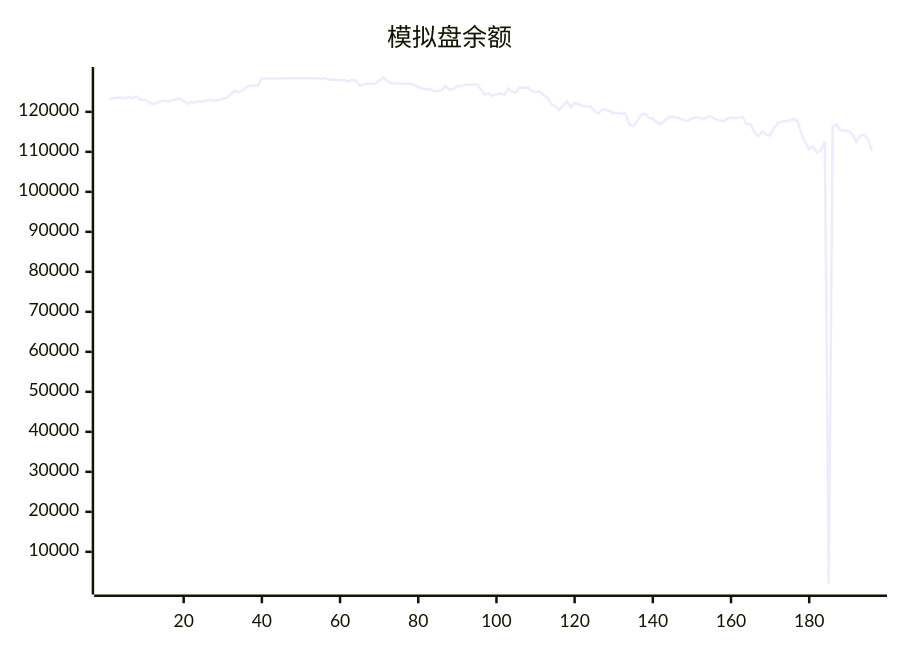
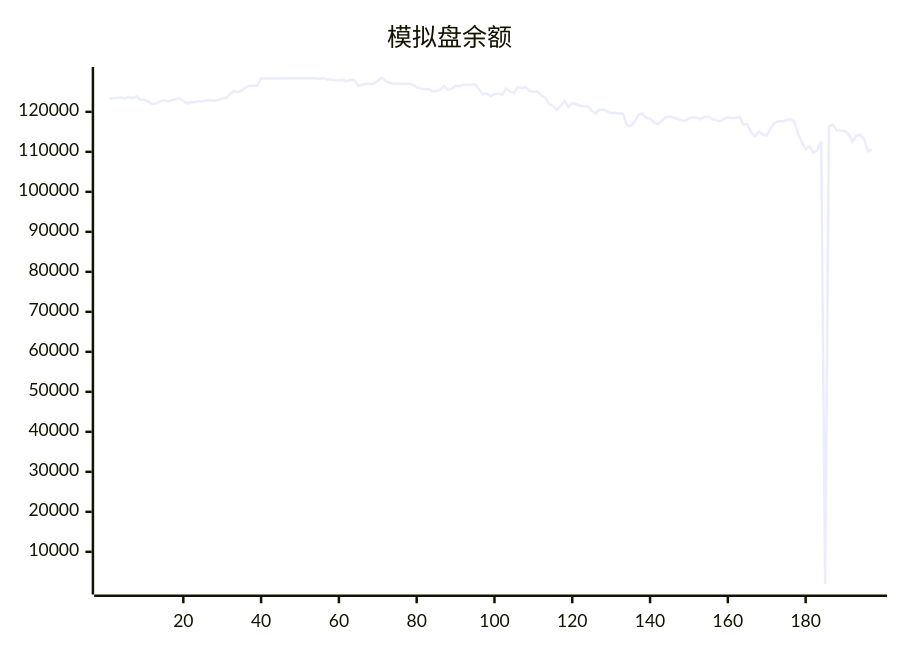
Before and after one commit to aahl/ai-trading: the diagram in README.md, drawn with Mermaid. The commit also changed other lines of this file and 1 other file, not shown here.

````diff
--- a/README.md
+++ b/README.md
@@ -5,5 +5,5 @@
 ```mermaid
 xychart
     title "模拟盘余额"
-    line [123338,123402,123530,123592,123378,123745,123413,123853,123009,123040,122557,121938,122095,122599,122856,122597,122898,123160,123319,122719,122087,122454,122416,122685,122592,122907,122961,122776,122981,123295,123507,124403,125224,124894,125303,126088,126544,126534,126549,128335,128318,128318,128318,128318,128318,128424,128424,128424,128424,128424,128424,128424,128424,128424,128247,128412,128062,128087,127917,127901,128026,127611,128000,127850,126572,126770,127100,126971,127029,127783,128554,127765,127224,127064,127044,127009,127025,127004,126738,126152,125871,125635,125707,125117,125217,125420,126480,125545,125715,126511,126424,126856,126764,126788,126890,125710,124381,124632,123936,124402,124574,124256,125833,125070,124739,126154,125966,126145,125213,124943,125143,124157,123604,121959,121476,120476,121470,122610,121201,122221,121889,121522,121332,121344,120232,119559,120513,120577,120108,119680,119777,119572,119568,116839,116392,117573,119250,119585,118469,118277,117338,116897,117706,118628,118849,118579,118280,117926,117735,118373,118639,118544,118136,118798,118819,118162,117874,117649,118215,118601,118463,118517,118713,116911,116899,114798,113887,115084,114313,114091,115934,117221,117658,117658,117883,118164,117693,114632,112403,110644,111313,109777,110444,112673,1984,116419,116772,115355,115355,115198,114476,112510,113954,114276,113223,110151]
+    line [123338,123402,123530,123592,123378,123745,123413,123853,123009,123040,122557,121938,122095,122599,122856,122597,122898,123160,123319,122719,122087,122454,122416,122685,122592,122907,122961,122776,122981,123295,123507,124403,125224,124894,125303,126088,126544,126534,126549,128335,128318,128318,128318,128318,128318,128424,128424,128424,128424,128424,128424,128424,128424,128424,128247,128412,128062,128087,127917,127901,128026,127611,128000,127850,126572,126770,127100,126971,127029,127783,128554,127765,127224,127064,127044,127009,127025,127004,126738,126152,125871,125635,125707,125117,125217,125420,126480,125545,125715,126511,126424,126856,126764,126788,126890,125710,124381,124632,123936,124402,124574,124256,125833,125070,124739,126154,125966,126145,125213,124943,125143,124157,123604,121959,121476,120476,121470,122610,121201,122221,121889,121522,121332,121344,120232,119559,120513,120577,120108,119680,119777,119572,119568,116839,116392,117573,119250,119585,118469,118277,117338,116897,117706,118628,118849,118579,118280,117926,117735,118373,118639,118544,118136,118798,118819,118162,117874,117649,118215,118601,118463,118517,118713,116911,116899,114798,113887,115084,114313,114091,115934,117221,117658,117658,117883,118164,117693,114632,112403,110644,111313,109777,110444,112673,1984,116419,116772,115355,115355,115198,114476,112510,113954,114276,113223,110151,110561]
 ```
````
